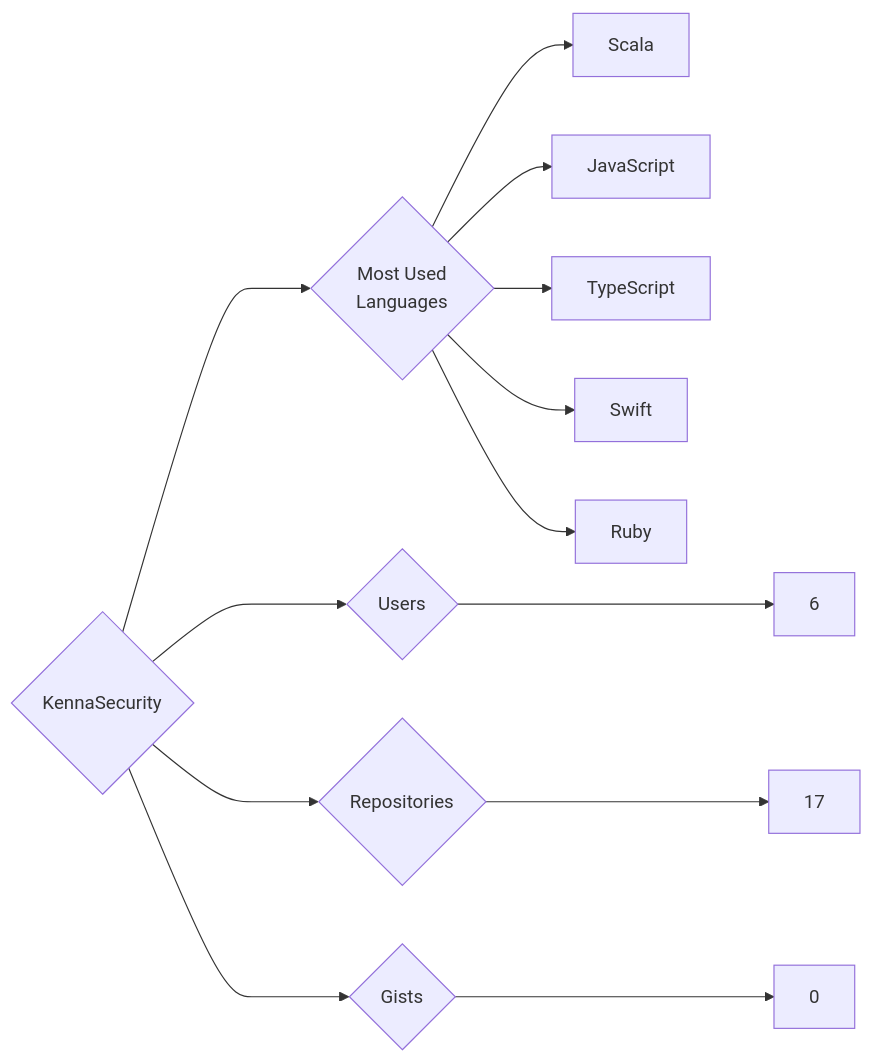
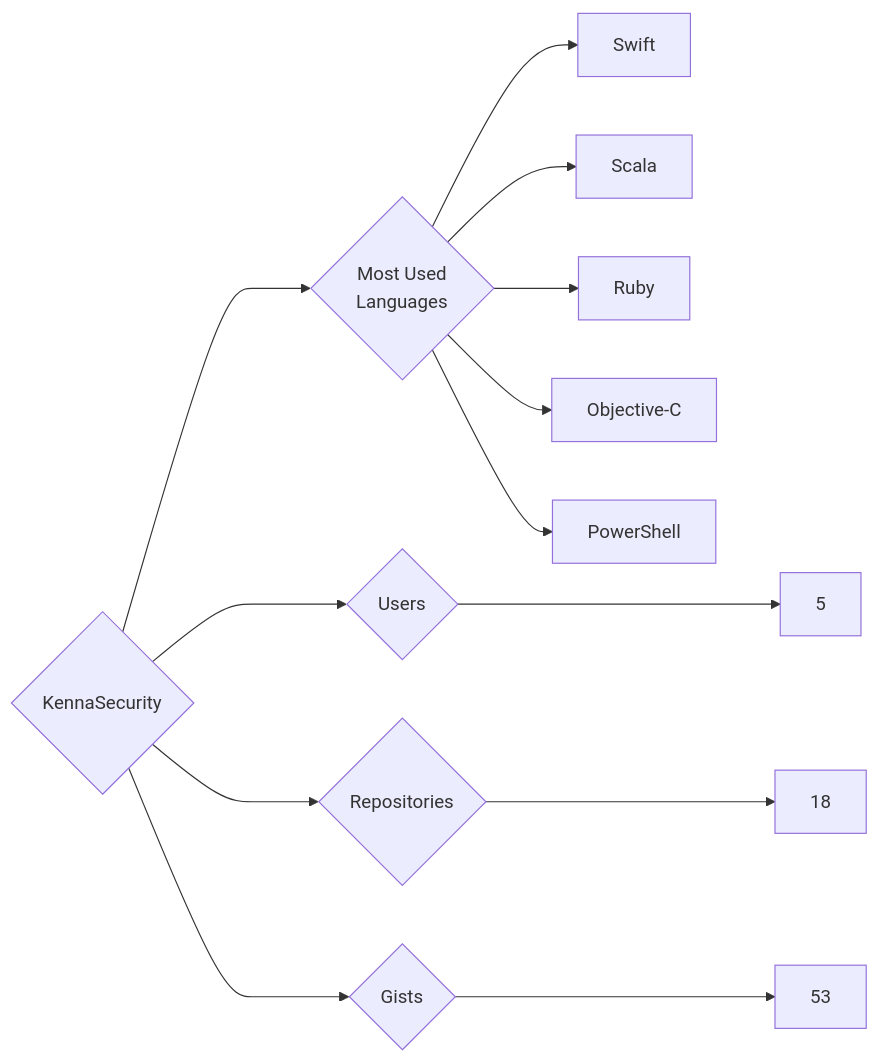
The diagram in targets/KennaSecurity/README.md (trickest/insiders), drawn with Mermaid before and after one commit. The commit also changed 1248 other files, not shown here.

````diff
--- a/targets/KennaSecurity/README.md
+++ b/targets/KennaSecurity/README.md
@@ -3,13 +3,13 @@
 ```mermaid
 graph LR
 COMPANY_NAME{KennaSecurity}
-COMPANY_NAME ---> U{Users} ---> UN[6]
-COMPANY_NAME ---> R{Repositories} ---> RN[17]
-COMPANY_NAME ---> G{Gists} ---> GN[0]
+COMPANY_NAME ---> U{Users} ---> UN[5]
+COMPANY_NAME ---> R{Repositories} ---> RN[18]
+COMPANY_NAME ---> G{Gists} ---> GN[53]
 COMPANY_NAME ---> ML{Most Used<br>Languages}
+ML --> Swift[Swift]
 ML --> Scala[Scala]
-ML --> JavaScript[JavaScript]
-ML --> TypeScript[TypeScript]
-ML --> Swift[Swift]
 ML --> Ruby[Ruby]
+ML --> Objective-C[Objective-C]
+ML --> PowerShell[PowerShell]
 ```
````
